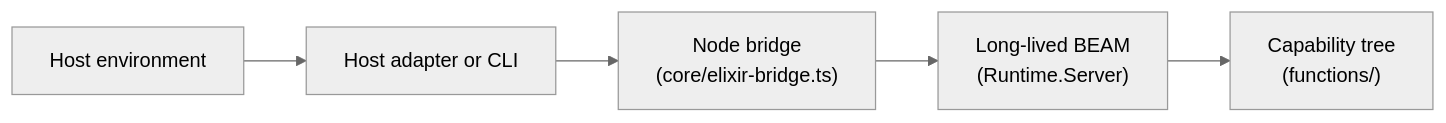
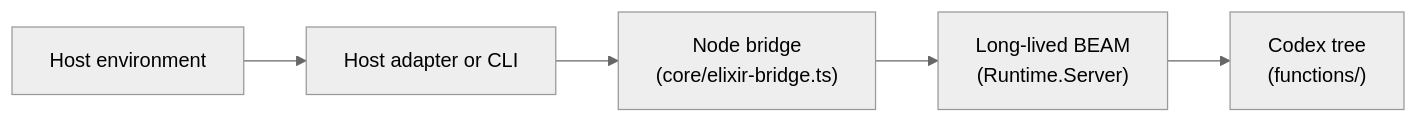
Before and after one commit to 0x1d/crucible: the diagram in README.md, drawn with Mermaid (neutral theme). The commit also changed other lines of this file and 37 other files, not shown here.

````diff
--- a/README.md
+++ b/README.md
@@ -9,13 +9,13 @@
 ```mermaid
 flowchart LR
   Host["Host environment"]
   Adapter["Host adapter or CLI"]
   Bridge["Node bridge\n(core/elixir-bridge.ts)"]
   Beam["Long-lived BEAM\n(Runtime.Server)"]
-  Tree["Capability tree\n(functions/)"]
+  Tree["Codex tree\n(functions/)"]
 
   Host --> Adapter
   Adapter --> Bridge
   Bridge --> Beam
   Beam --> Tree
 ```
````
